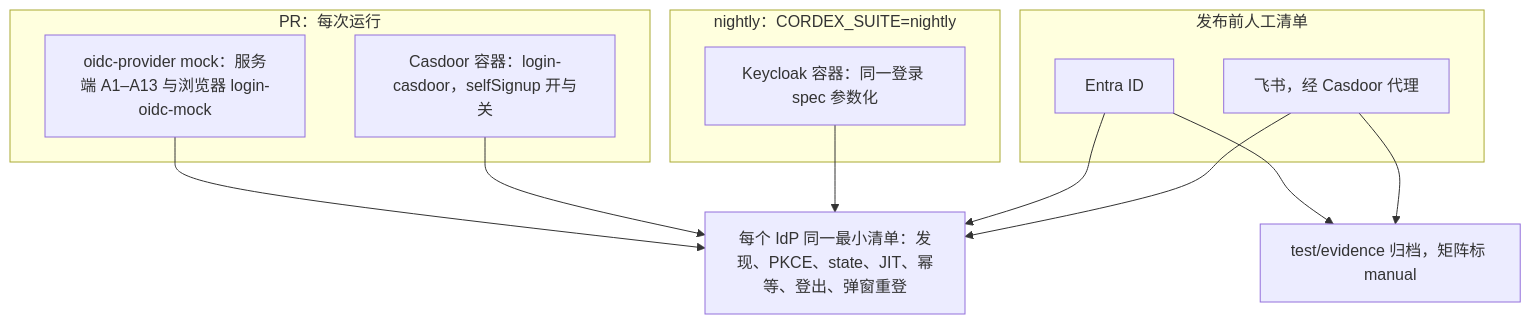
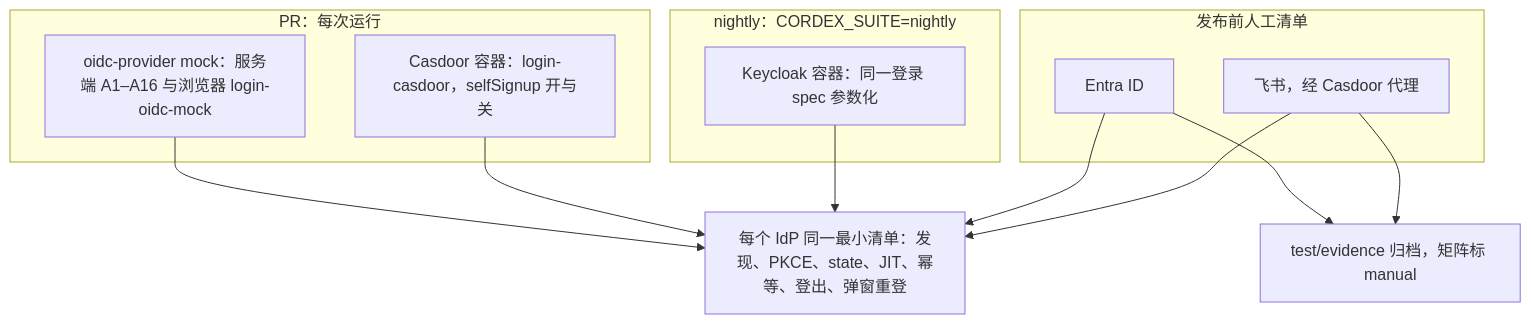
One commit to Xeonice/cordis-ppt-editor changed the fifth of 5 diagrams in docs/70-testing/08-deployment-and-environment-e2e.md. Above: the diagram before and after it, drawn with Mermaid. The commit also changed other lines of this file and 13 other files, not shown here.

````diff
--- a/docs/70-testing/08-deployment-and-environment-e2e.md
+++ b/docs/70-testing/08-deployment-and-environment-e2e.md
@@ -310,23 +311,23 @@
 ```mermaid
 flowchart TB
   subgraph pr["PR：每次运行"]
-    mock["oidc-provider mock：服务端 A1–A13 与浏览器 login-oidc-mock"]
+    mock["oidc-provider mock：服务端 A1–A16 与浏览器 login-oidc-mock"]
     casdoor["Casdoor 容器：login-casdoor，selfSignup 开与关"]
   end
   subgraph nightly["nightly：CORDEX_SUITE=nightly"]
     keycloak["Keycloak 容器：同一登录 spec 参数化"]
   end
   subgraph manual["发布前人工清单"]
     entra["Entra ID"]
     feishu["飞书，经 Casdoor 代理"]
   end
   checklist["每个 IdP 同一最小清单：发现、PKCE、state、JIT、幂等、登出、弹窗重登"]
   evidence["test/evidence 归档，矩阵标 manual"]
   mock --> checklist
   casdoor --> checklist
   keycloak --> checklist
   entra --> checklist
   feishu --> checklist
   entra --> evidence
   feishu --> evidence
 ```
````
